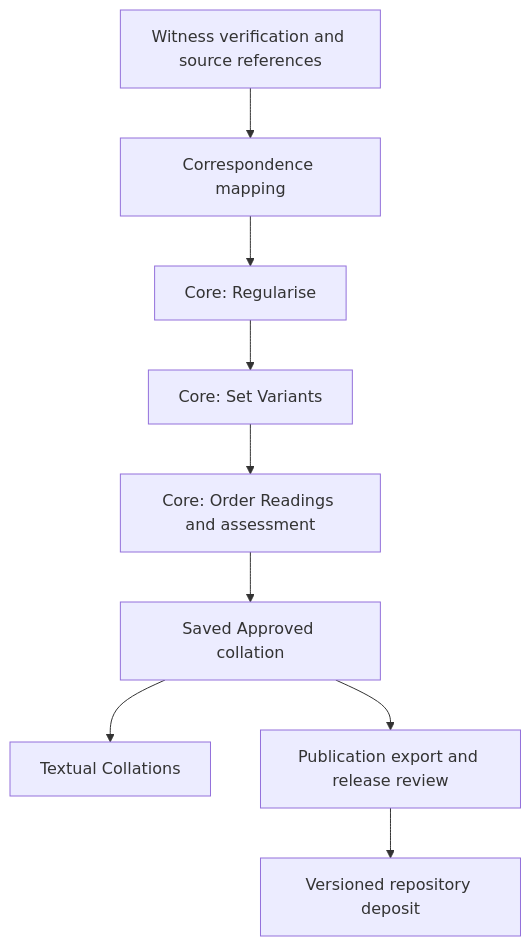
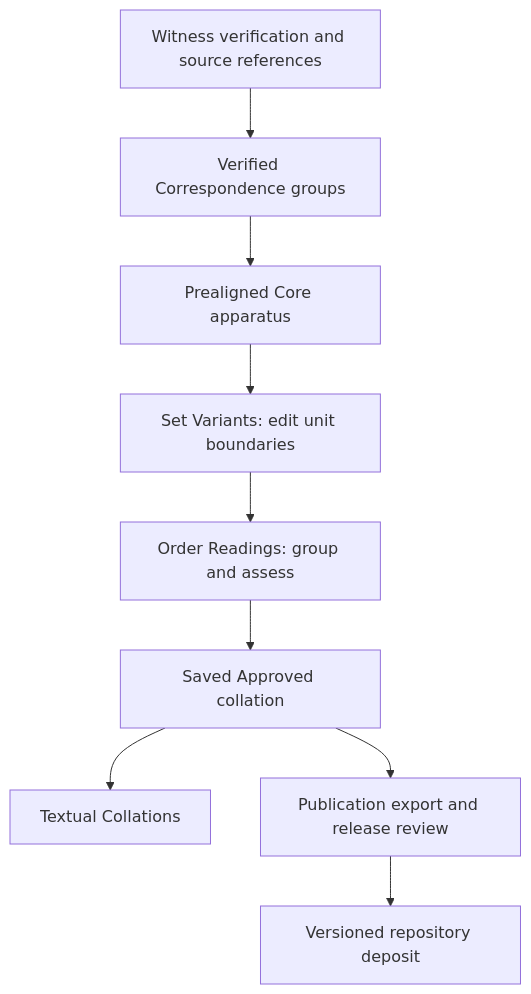
Before and after one commit to TAB-PUB/tabpub: the diagram in docs/workflow.md, drawn with Mermaid. The commit also changed other lines of this file, not shown here.

Commit message:
Correct the mapped Core workflow and explain preparation

````diff
--- a/docs/workflow.md
+++ b/docs/workflow.md
@@ -3,11 +3,11 @@
 ```mermaid
 flowchart TD
-    A[Witness verification and source references] --> B[Correspondence mapping]
-    B --> C[Core: Regularise]
-    C --> D[Core: Set Variants]
-    D --> E[Core: Order Readings and assessment]
+    A[Witness verification and source references] --> B[Verified Correspondence groups]
+    B --> C[Prealigned Core apparatus]
+    C --> D[Set Variants: edit unit boundaries]
+    D --> E[Order Readings: group and assess]
     E --> F[Saved Approved collation]
     F --> G[Textual Collations]
     F --> H[Publication export and release review]
     H --> I[Versioned repository deposit]
 ```
````
